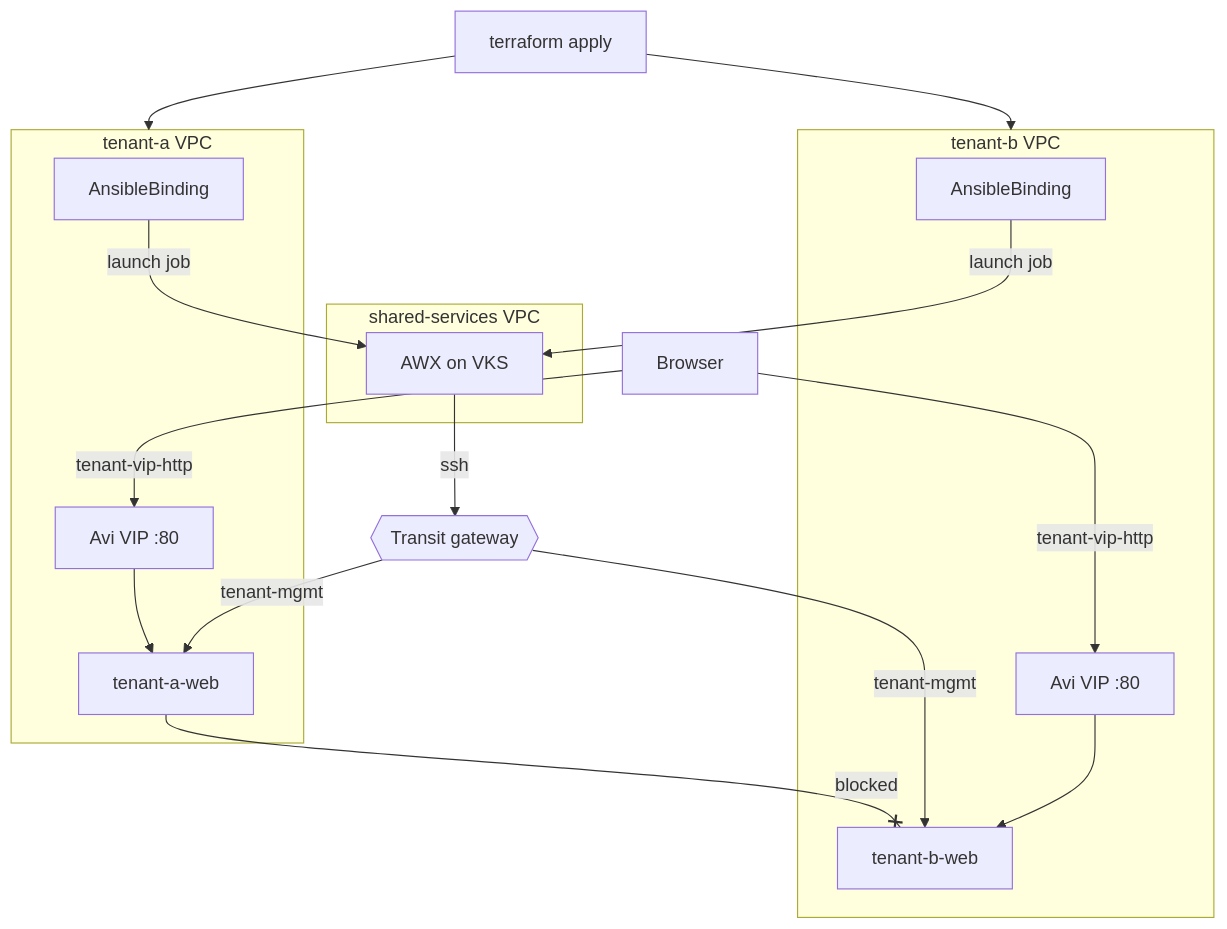
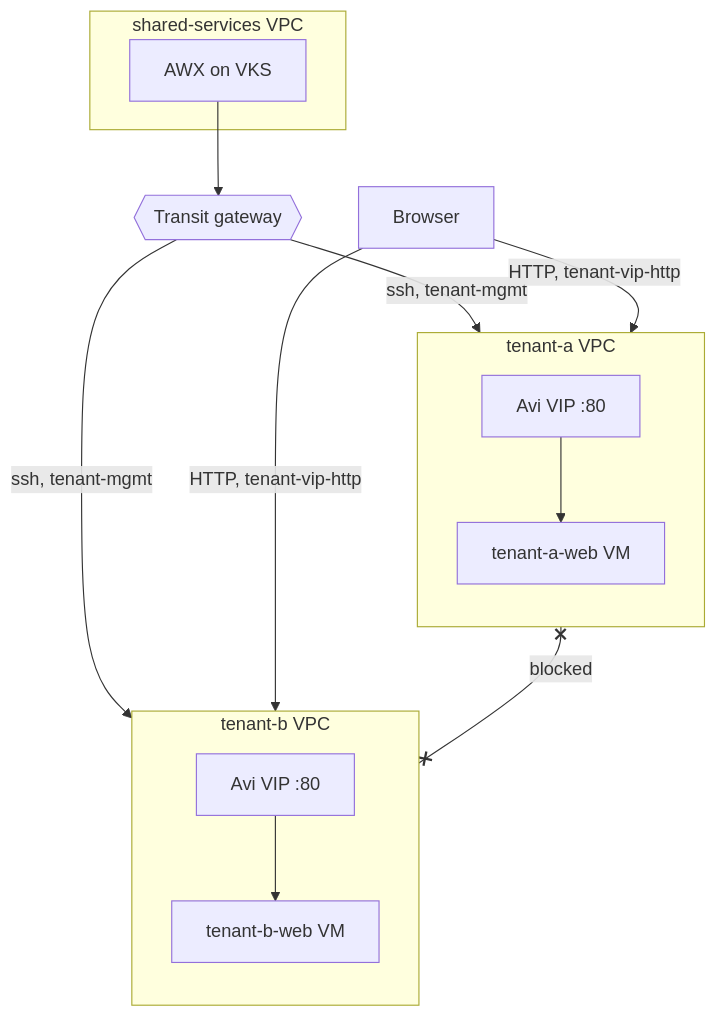
The first of 2 diagrams in docs/explanation/architecture.md (warroyo/vcfa-tenant-isolation-demo), drawn with Mermaid before and after one commit. The commit also changed other lines of this file, not shown here.

Commit message:
Docs: split the architecture diagram into network and configuration views

````diff
--- a/docs/explanation/architecture.md
+++ b/docs/explanation/architecture.md
@@ -3,35 +7,26 @@
 ```mermaid
 flowchart TB
-  tf["terraform apply"]
-
   subgraph shared["shared-services VPC"]
     awx["AWX on VKS"]
   end
+  browser["Browser"]
 
   tgw{{"Transit gateway"}}
 
   subgraph a["tenant-a VPC"]
-    abind["AnsibleBinding"]
-    avm["tenant-a-web"]
-    avip["Avi VIP :80"]
+    direction TB
+    avip["Avi VIP :80"] --> avm["tenant-a-web VM"]
   end
 
   subgraph b["tenant-b VPC"]
-    bbind["AnsibleBinding"]
-    bvm["tenant-b-web"]
-    bvip["Avi VIP :80"]
+    direction TB
+    bvip["Avi VIP :80"] --> bvm["tenant-b-web VM"]
   end
 
-  user["Browser"]
-
-  tf --> a
-  tf --> b
-  abind -->|launch job| awx
-  bbind -->|launch job| awx
-  awx -->|ssh| tgw
-  tgw -->|tenant-mgmt| avm
-  tgw -->|tenant-mgmt| bvm
-  avm --x|blocked| bvm
-  user -->|tenant-vip-http| avip --> avm
-  user -->|tenant-vip-http| bvip --> bvm
+  awx --> tgw
+  tgw -->|ssh, tenant-mgmt| avm
+  tgw -->|ssh, tenant-mgmt| bvm
+  browser -->|HTTP, tenant-vip-http| avip
+  browser -->|HTTP, tenant-vip-http| bvip
+  avm x--x|blocked| bvm
 ```
````
